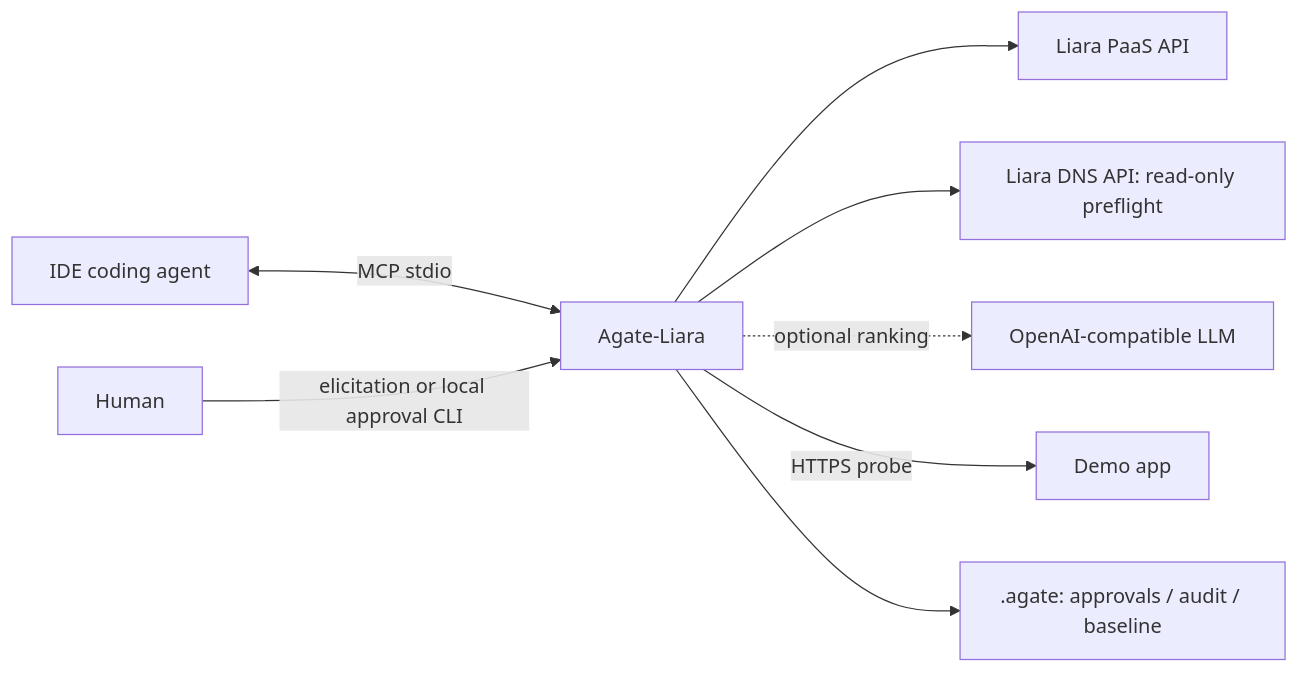
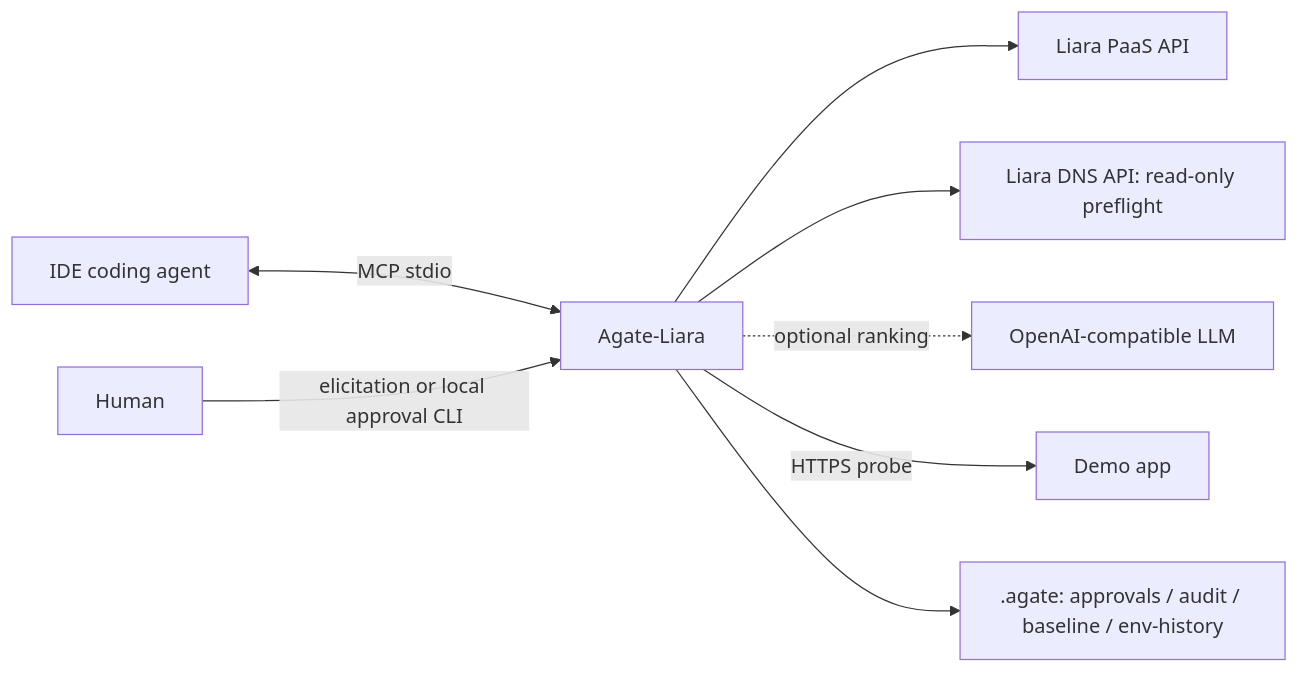
Before and after one commit to thecapitalland/Hackaton-Liara: the first of 2 diagrams in README.md, drawn with Mermaid. The commit also changed other lines of this file and 19 other files, not shown here.

````diff
--- a/README.md
+++ b/README.md
@@ -29,10 +29,10 @@
 ```mermaid
 flowchart LR
   IDE[IDE coding agent] <-->|MCP stdio| MCP[Agate-Liara]
   MCP --> A[Liara PaaS API]
   MCP --> D[Liara DNS API: read-only preflight]
   MCP -. optional ranking .-> L[OpenAI-compatible LLM]
   MCP -->|HTTPS probe| S[Demo app]
-  MCP --> F[.agate: approvals / audit / baseline]
+  MCP --> F[.agate: approvals / audit / baseline / env-history]
   H[Human] -->|elicitation or local approval CLI| MCP
 ```
````
